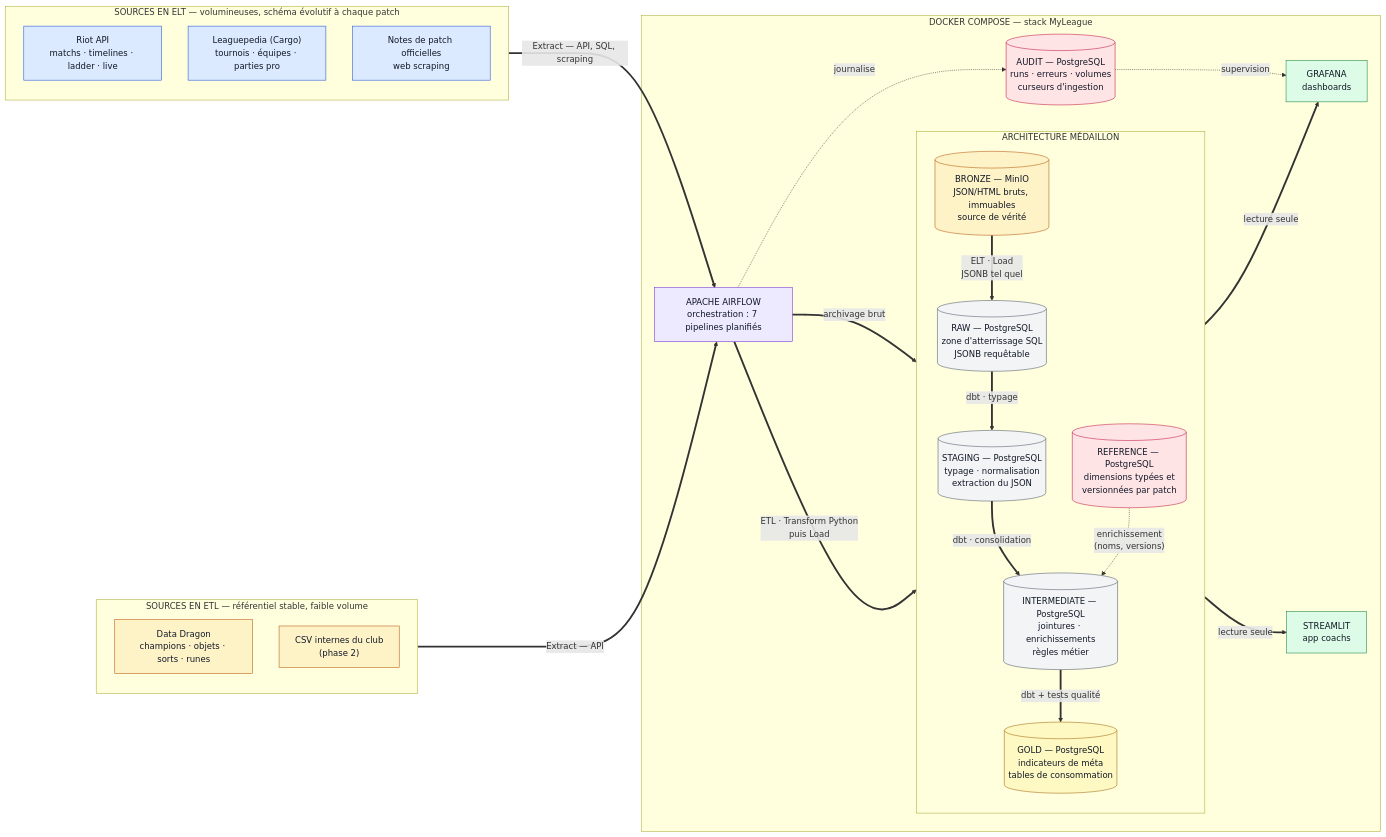
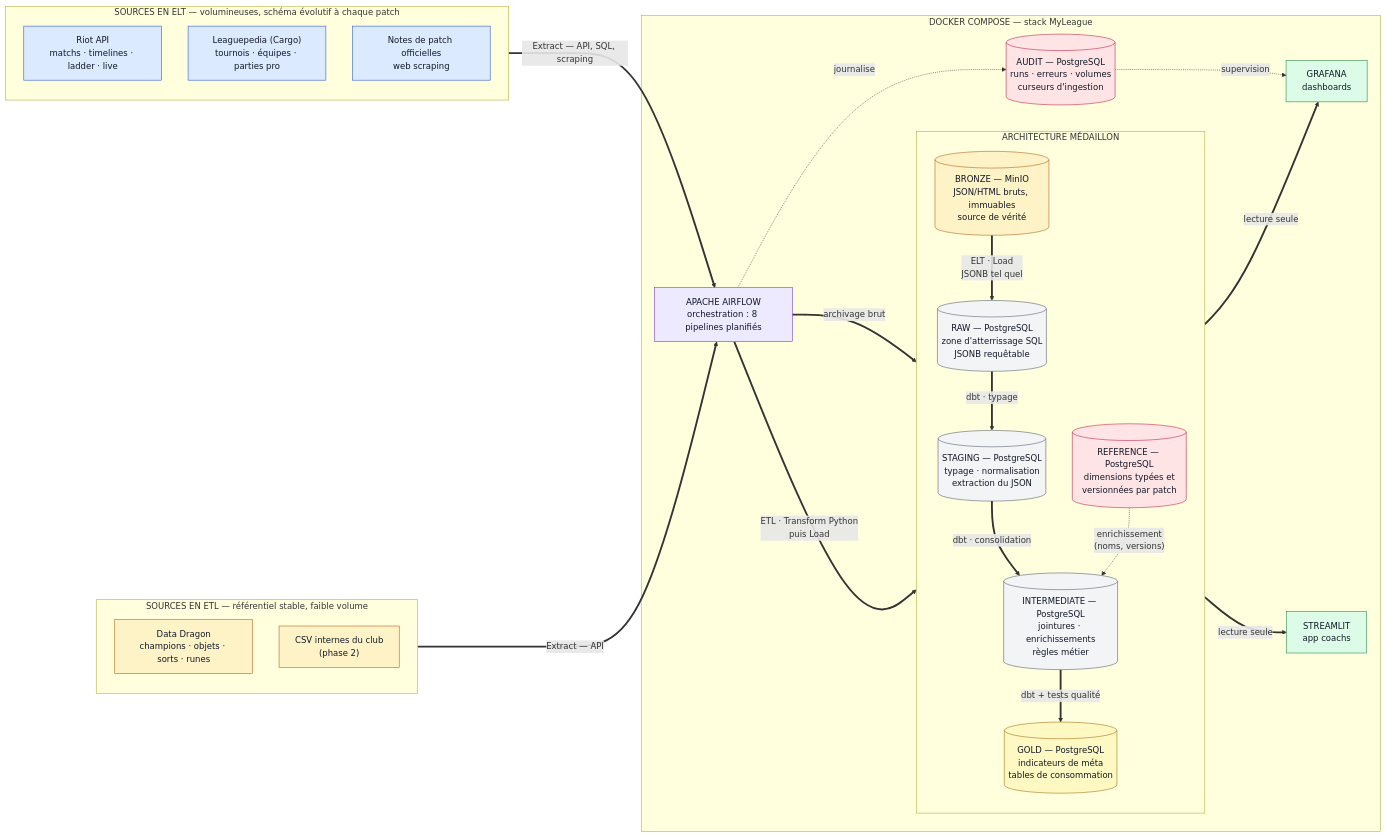
The first of 5 diagrams in README.md (Randil12/MyLeague), drawn with Mermaid before and after one commit. The commit also changed other lines of this file and 81 other files, not shown here.

````diff
--- a/README.md
+++ b/README.md
@@ -11,65 +11,65 @@
 ```mermaid
 flowchart LR
     subgraph SELT["SOURCES EN ELT — volumineuses, schéma évolutif à chaque patch"]
         RIOT["Riot API<br/>matchs · timelines · ladder · live"]
         LPS["Leaguepedia (Cargo)<br/>tournois · équipes · parties pro"]
         PN["Notes de patch officielles<br/>web scraping"]
     end
 
     subgraph SETL["SOURCES EN ETL — référentiel stable, faible volume"]
         DD["Data Dragon<br/>champions · objets · sorts · runes"]
         CSV["CSV internes du club<br/>(phase 2)"]
     end
 
     subgraph DOCKER["DOCKER COMPOSE — stack MyLeague"]
-        AF["APACHE AIRFLOW<br/>orchestration : 7 pipelines planifiés"]
+        AF["APACHE AIRFLOW<br/>orchestration : 8 pipelines planifiés"]
 
         subgraph MED["ARCHITECTURE MÉDAILLON"]
             direction TB
             BRONZE[("BRONZE — MinIO<br/>JSON/HTML bruts, immuables<br/>source de vérité")]
             RAW[("RAW — PostgreSQL<br/>zone d'atterrissage SQL<br/>JSONB requêtable")]
             STAGING[("STAGING — PostgreSQL<br/>typage · normalisation<br/>extraction du JSON")]
             INTERMEDIATE[("INTERMEDIATE — PostgreSQL<br/>jointures · enrichissements<br/>règles métier")]
             GOLD[("GOLD — PostgreSQL<br/>indicateurs de méta<br/>tables de consommation")]
             REF[("REFERENCE — PostgreSQL<br/>dimensions typées et<br/>versionnées par patch")]
         end
 
         AUD[("AUDIT — PostgreSQL<br/>runs · erreurs · volumes<br/>curseurs d'ingestion")]
         GRAF["GRAFANA<br/>dashboards"]
         ST["STREAMLIT<br/>app coachs"]
     end
 
     SELT ==>|"Extract — API, SQL, scraping"| AF
     SETL ==>|"Extract — API"| AF
 
     AF ==>|"archivage brut"| BRONZE
     BRONZE ==>|"ELT · Load<br/>JSONB tel quel"| RAW
     RAW ==>|"dbt · typage"| STAGING
     STAGING ==>|"dbt · consolidation"| INTERMEDIATE
     AF ==>|"ETL · Transform Python<br/>puis Load"| REF
     REF -.->|"enrichissement<br/>(noms, versions)"| INTERMEDIATE
     INTERMEDIATE ==>|"dbt + tests qualité"| GOLD
 
     AF -.->|"journalise"| AUD
     GOLD ==>|"lecture seule"| GRAF
     GOLD ==>|"lecture seule"| ST
     AUD -.->|"supervision"| GRAF
 
     classDef elt fill:#dbeafe,stroke:#1d4ed8,color:#111827;
     classDef etl fill:#fef3c7,stroke:#b45309,color:#111827;
     classDef bronze fill:#fef3c7,stroke:#b45309,color:#111827;
     classDef silver fill:#f3f4f6,stroke:#4b5563,color:#111827;
     classDef gold fill:#fef9c3,stroke:#a16207,color:#111827;
     classDef transverse fill:#ffe4e6,stroke:#be123c,color:#111827;
     classDef viz fill:#dcfce7,stroke:#15803d,color:#111827;
     classDef orch fill:#ede9fe,stroke:#6d28d9,color:#111827;
 
     class RIOT,LPS,PN elt;
     class DD,CSV etl;
     class BRONZE bronze;
     class RAW,STAGING,INTERMEDIATE silver;
     class GOLD gold;
     class REF,AUD transverse;
     class GRAF,ST viz;
     class AF orch;
 ```
````
